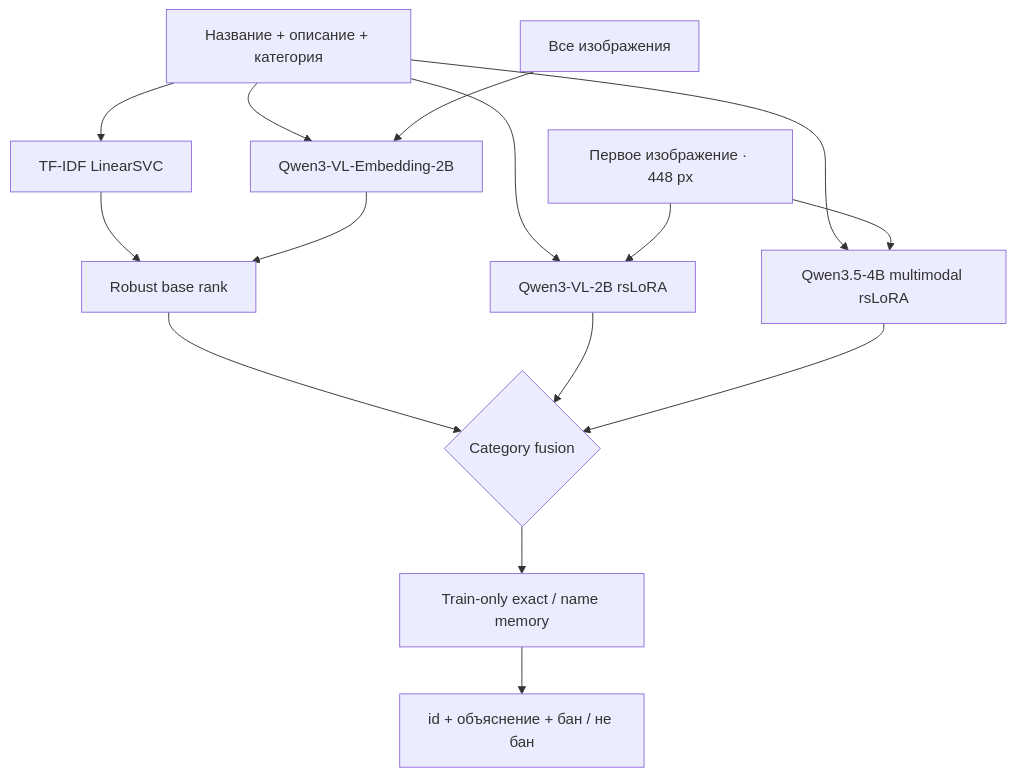
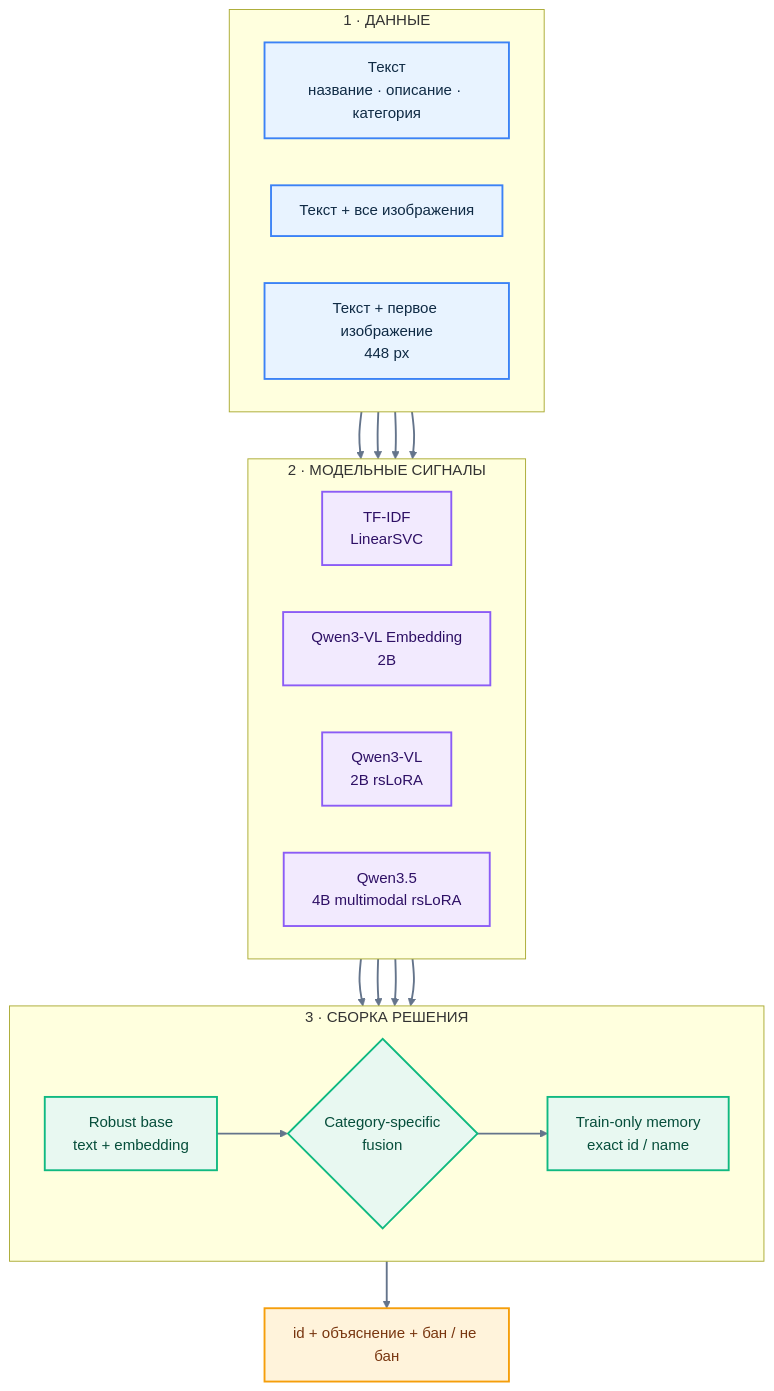
Before and after one commit to triflt/ecup-2026-quality: the diagram in docs/research/solution-140-journey.md, drawn with Mermaid.

Commit message:
Polish the solution 140 architecture diagram

````diff
--- a/docs/research/solution-140-journey.md
+++ b/docs/research/solution-140-journey.md
@@ -19,22 +19,47 @@
 ```mermaid
 flowchart TB
-    T[Название + описание + категория]
-    IA[Все изображения]
-    I1[Первое изображение · 448 px]
+    subgraph DATA["1 · ДАННЫЕ"]
+        direction LR
+        DT["Текст<br/>название · описание · категория"]
+        DA["Текст + все изображения"]
+        D1["Текст + первое изображение<br/>448 px"]
+    end
 
-    T --> S[TF-IDF LinearSVC]
-    T --> E[Qwen3-VL-Embedding-2B]
-    T --> V[Qwen3-VL-2B rsLoRA]
-    T --> Q[Qwen3.5-4B multimodal rsLoRA]
-    IA --> E
-    I1 --> V
-    I1 --> Q
+    subgraph MODELS["2 · МОДЕЛЬНЫЕ СИГНАЛЫ"]
+        direction LR
+        S["TF-IDF<br/>LinearSVC"]
+        E["Qwen3-VL Embedding<br/>2B"]
+        V["Qwen3-VL<br/>2B rsLoRA"]
+        Q["Qwen3.5<br/>4B multimodal rsLoRA"]
+    end
 
-    S --> R[Robust base rank]
+    subgraph DECISION["3 · СБОРКА РЕШЕНИЯ"]
+        direction LR
+        R["Robust base<br/>text + embedding"]
+        F{"Category-specific<br/>fusion"}
+        M["Train-only memory<br/>exact id / name"]
+    end
+
+    O["id + объяснение + бан / не бан"]
+
+    DT --> S
+    DA --> E
+    D1 --> V
+    D1 --> Q
+    S --> R
     E --> R
-    R --> F{Category fusion}
+    R --> F
     V --> F
     Q --> F
-    F --> M[Train-only exact / name memory]
-    M --> O[id + объяснение + бан / не бан]
+    F --> M --> O
+
+    classDef data fill:#E8F3FF,stroke:#3B82F6,color:#0F2A44,stroke-width:2px;
+    classDef model fill:#F2EAFE,stroke:#8B5CF6,color:#2E1065,stroke-width:2px;
+    classDef decision fill:#E8F8F1,stroke:#10B981,color:#064E3B,stroke-width:2px;
+    classDef output fill:#FFF3DB,stroke:#F59E0B,color:#78350F,stroke-width:2px;
+    class DT,DA,D1 data;
+    class S,E,V,Q model;
+    class R,F,M decision;
+    class O output;
+    linkStyle default stroke:#64748B,stroke-width:2px;
 ```
````
